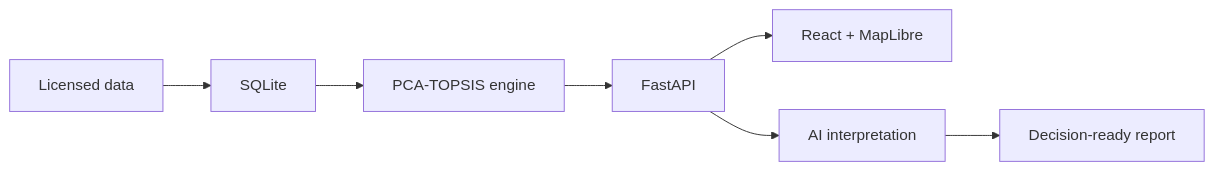
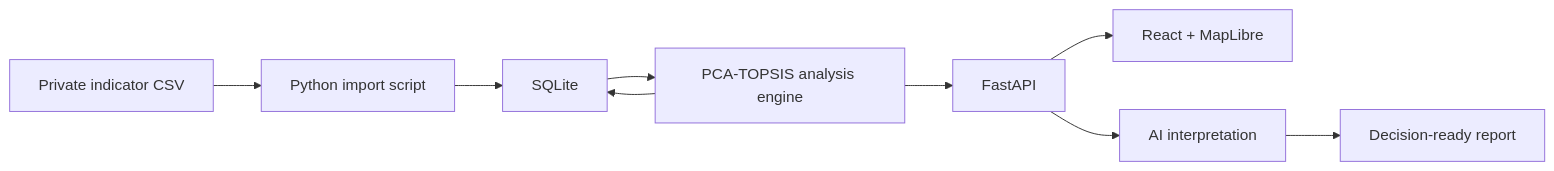
The diagram in README.md (Jane-Hanzhen/urbaninsight-ai), drawn with Mermaid before and after one commit. The commit also changed other lines of this file and 27 other files, not shown here.

Commit message:
feat: add structured AI flow with thinking state, retry handling, and PDF export

````diff
--- a/README.md
+++ b/README.md
@@ -97,9 +100,11 @@
 ```mermaid
 flowchart LR
-    Data["Licensed data"] --> DB["SQLite"]
-    DB --> Engine["PCA-TOPSIS engine"]
+    Data["Private indicator CSV"] --> Import["Python import script"]
+    Import --> DB["SQLite"]
+    DB --> Engine["PCA-TOPSIS analysis engine"]
+    Engine --> DB
     Engine --> API["FastAPI"]
     API --> UI["React + MapLibre"]
     API --> AI["AI interpretation"]
     AI --> Report["Decision-ready report"]
 ```
````
